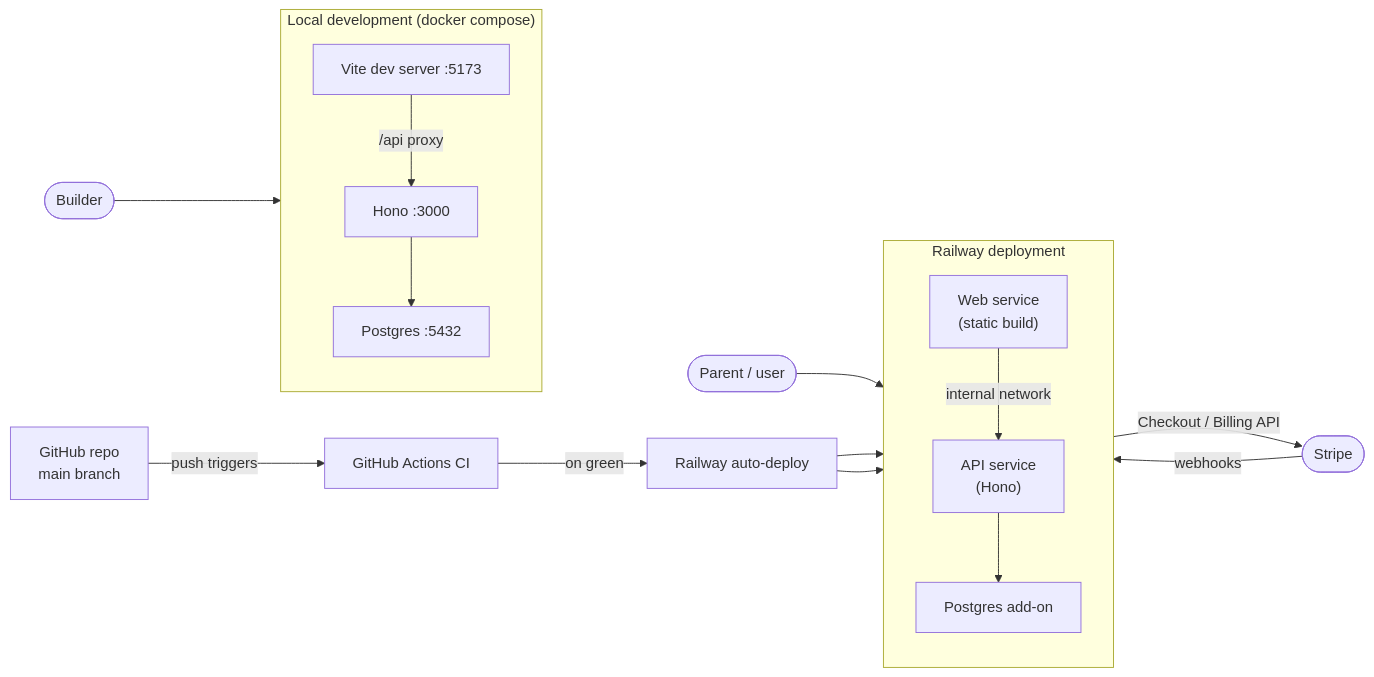
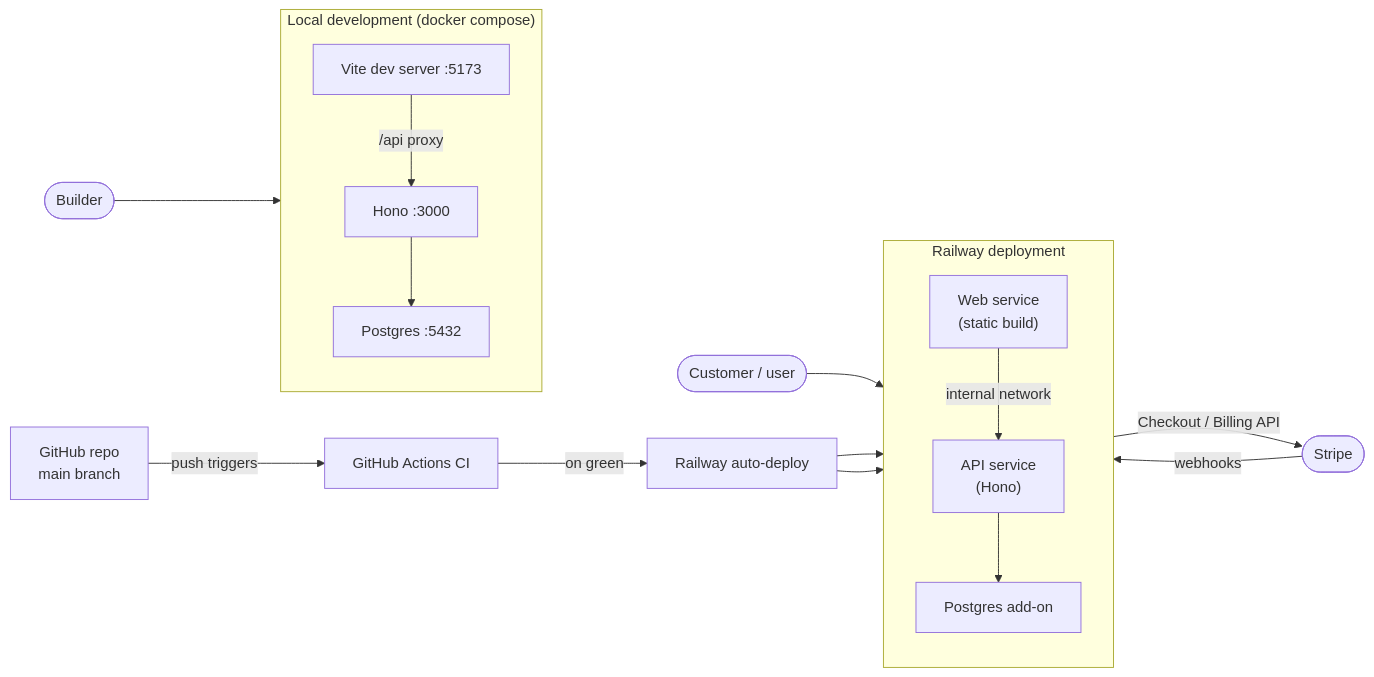
The diagram in docs/PROJECT_DESIGN.md (semi-sentient/vibe-starter), drawn with Mermaid before and after one commit. The commit also changed other lines of this file and 3 other files, not shown here.

````diff
--- a/docs/PROJECT_DESIGN.md
+++ b/docs/PROJECT_DESIGN.md
@@ -99,31 +99,31 @@
 ```mermaid
 flowchart LR
   subgraph local["Local development (docker compose)"]
     direction TB
     DevWeb["Vite dev server :5173"]
     DevApi["Hono :3000"]
     DevDb["Postgres :5432"]
     DevWeb -->|"/api proxy"| DevApi
     DevApi --> DevDb
   end
 
   subgraph railway["Railway deployment"]
     direction TB
     ProdWeb["Web service<br/>(static build)"]
     ProdApi["API service<br/>(Hono)"]
     ProdDb["Postgres add-on"]
     ProdWeb -->|"internal network"| ProdApi
     ProdApi --> ProdDb
   end
 
   Stripe([Stripe]) -->|"webhooks"| ProdApi
   ProdApi -->|"Checkout / Billing API"| Stripe
 
-  Browser([Parent / user]) --> ProdWeb
+  Browser([Customer / user]) --> ProdWeb
   Builder([Builder]) --> DevWeb
 
   GitHub[GitHub repo<br/>main branch] -->|push triggers| GHA[GitHub Actions CI]
   GHA -->|on green| RailwayDeploy[Railway auto-deploy]
   RailwayDeploy --> ProdWeb
   RailwayDeploy --> ProdApi
 ```
````
